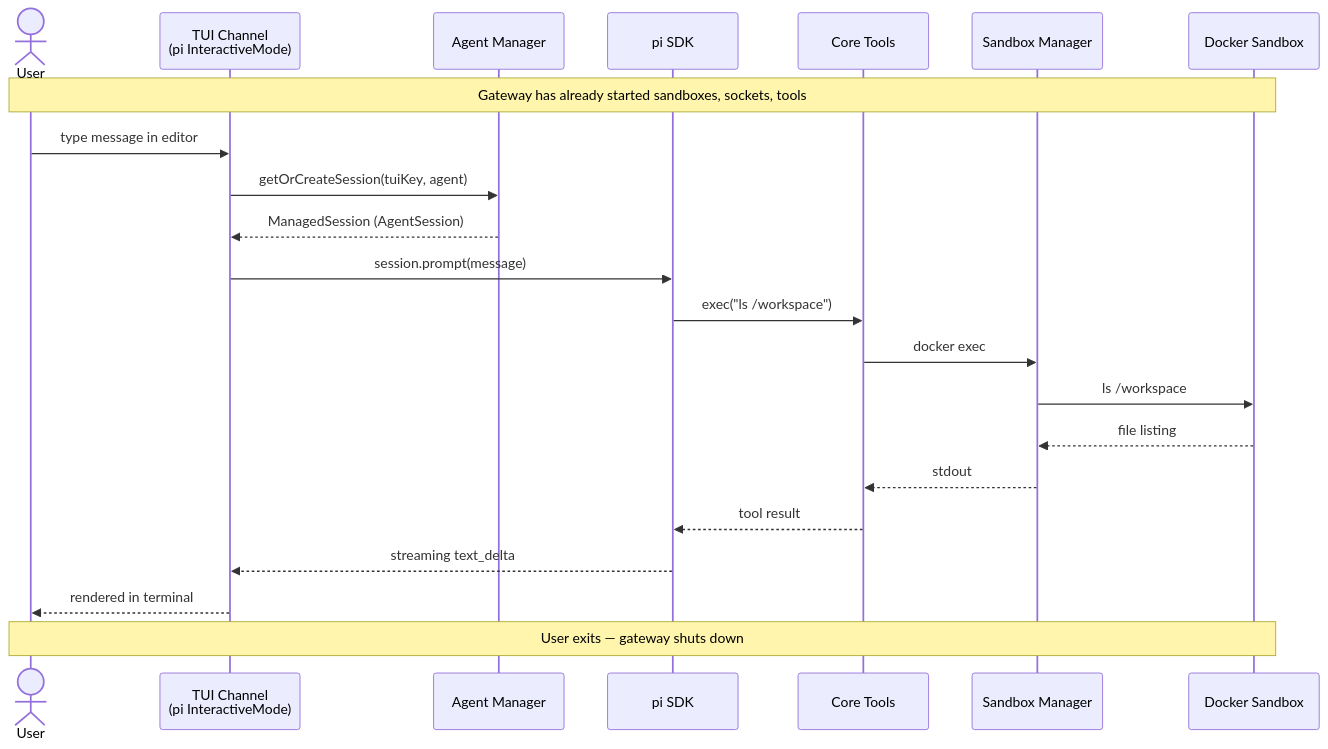
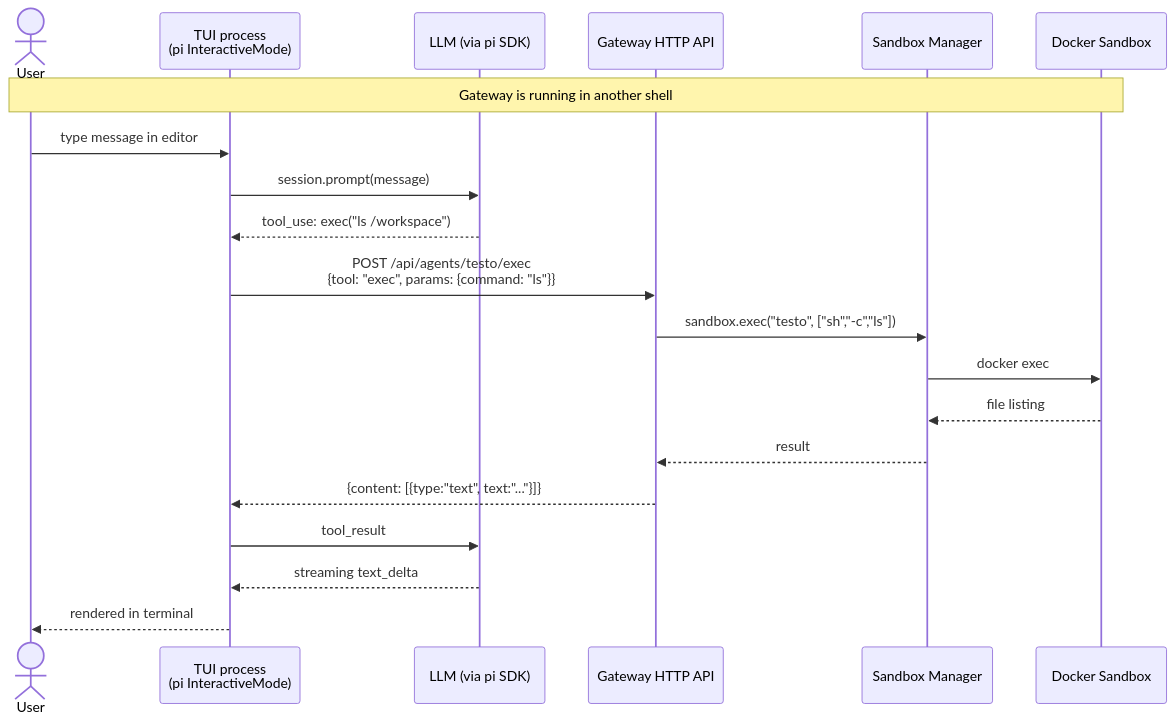
One commit to matthias-hausberger/beige changed the eighth of 11 diagrams in docs/request-flows.md. Above: the diagram before and after it, drawn with Mermaid. The commit also changed other lines of this file and 12 other files, not shown here.

Commit message:
feat: separate gateway from tui

````diff
--- a/docs/request-flows.md
+++ b/docs/request-flows.md
@@ -242,27 +242,26 @@
 ```mermaid
 sequenceDiagram
     actor User
-    participant TUI as TUI Channel<br/>(pi InteractiveMode)
-    participant AM as Agent Manager
-    participant PI as pi SDK
-    participant CT as Core Tools
+    participant TUI as TUI process<br/>(pi InteractiveMode)
+    participant LLM as LLM (via pi SDK)
+    participant API as Gateway HTTP API
     participant SM as Sandbox Manager
     participant SB as Docker Sandbox
 
-    Note over User,SB: Gateway has already started sandboxes, sockets, tools
+    Note over User,SB: Gateway is running in another shell
 
     User->>TUI: type message in editor
-    TUI->>AM: getOrCreateSession(tuiKey, agent)
-    AM-->>TUI: ManagedSession (AgentSession)
-    TUI->>PI: session.prompt(message)
-    PI->>CT: exec("ls /workspace")
-    CT->>SM: docker exec
-    SM->>SB: ls /workspace
+    TUI->>LLM: session.prompt(message)
+    LLM-->>TUI: tool_use: exec("ls /workspace")
+
+    TUI->>API: POST /api/agents/testo/exec<br/>{tool: "exec", params: {command: "ls"}}
+    API->>SM: sandbox.exec("testo", ["sh","-c","ls"])
+    SM->>SB: docker exec
     SB-->>SM: file listing
-    SM-->>CT: stdout
-    CT-->>PI: tool result
-    PI-->>TUI: streaming text_delta
+    SM-->>API: result
+    API-->>TUI: {content: [{type:"text", text:"..."}]}
+
+    TUI->>LLM: tool_result
+    LLM-->>TUI: streaming text_delta
     TUI-->>User: rendered in terminal
-
-    Note over User,SB: User exits — gateway shuts down
 ```
````
